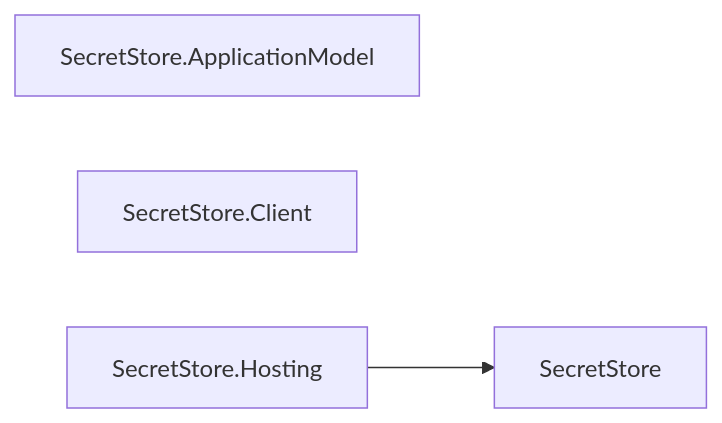
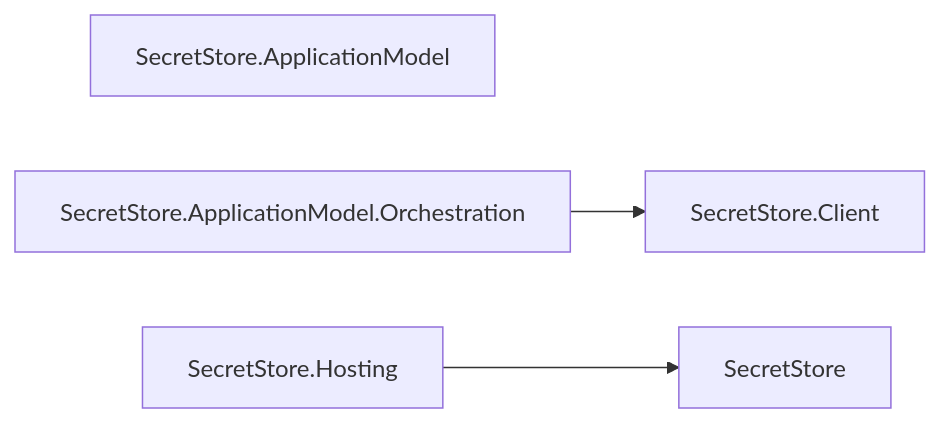
One commit to assimalign/cohesion changed diagram 28 of 29 in docs/DEPENDENCIES.md. Above: the diagram before and after it, drawn with Mermaid. The commit also changed other lines of this file and 599 other files, not shown here.

````diff
--- a/docs/DEPENDENCIES.md
+++ b/docs/DEPENDENCIES.md
@@ -1001,8 +990,10 @@
 ```mermaid
 flowchart LR
     N0["SecretStore"]
     N1["SecretStore.ApplicationModel"]
-    N2["SecretStore.Client"]
-    N3["SecretStore.Hosting"]
-    N3 --> N0
+    N2["SecretStore.ApplicationModel.Orchestration"]
+    N3["SecretStore.Client"]
+    N4["SecretStore.Hosting"]
+    N2 --> N3
+    N4 --> N0
 ```
````
